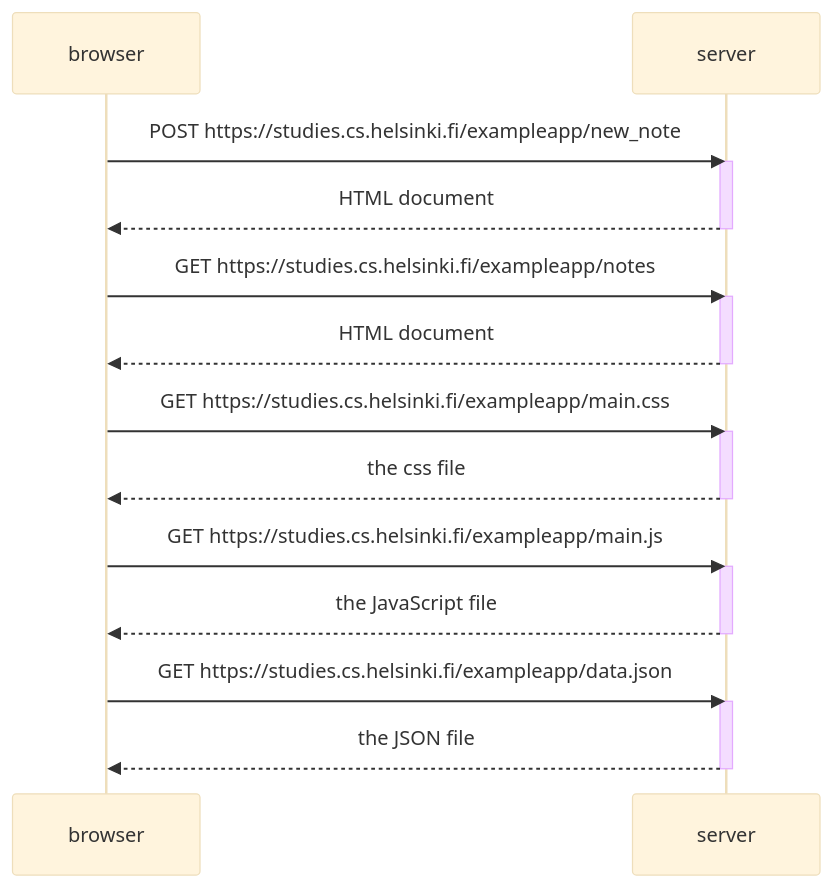
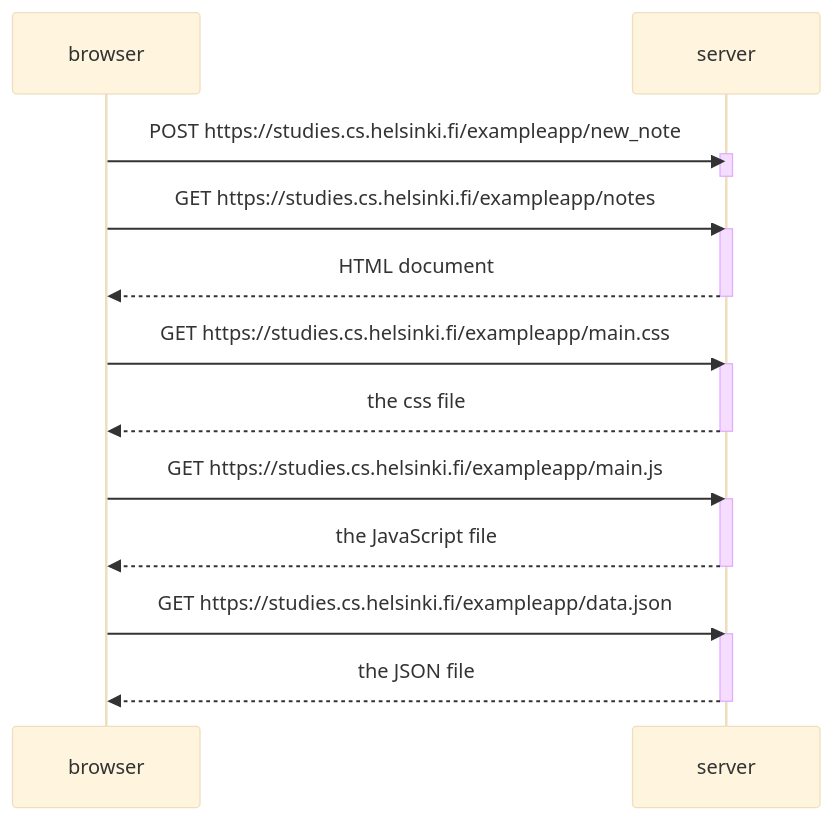
One commit to Tiipuuba/Full-Stack-Open-Course changed the diagram in FSO0/0.4.md. Above: the diagram before and after it, drawn with Mermaid (base theme).

````diff
--- a/FSO0/0.4.md
+++ b/FSO0/0.4.md
@@ -1,30 +1,29 @@
 ```mermaid
 sequenceDiagram
     participant browser
     participant server
 
     browser->>server: POST https://studies.cs.helsinki.fi/exampleapp/new_note
     activate server
-    server-->>browser: HTML document
     deactivate server
 
     browser->>server: GET https://studies.cs.helsinki.fi/exampleapp/notes
     activate server
     server-->>browser: HTML document
     deactivate server
 
     browser->>server: GET https://studies.cs.helsinki.fi/exampleapp/main.css
     activate server
     server-->>browser: the css file
     deactivate server
 
     browser->>server: GET https://studies.cs.helsinki.fi/exampleapp/main.js
     activate server
     server-->>browser: the JavaScript file
     deactivate server
 
     browser->>server: GET https://studies.cs.helsinki.fi/exampleapp/data.json
     activate server
     server-->>browser: the JSON file
     deactivate server
 ```
````
